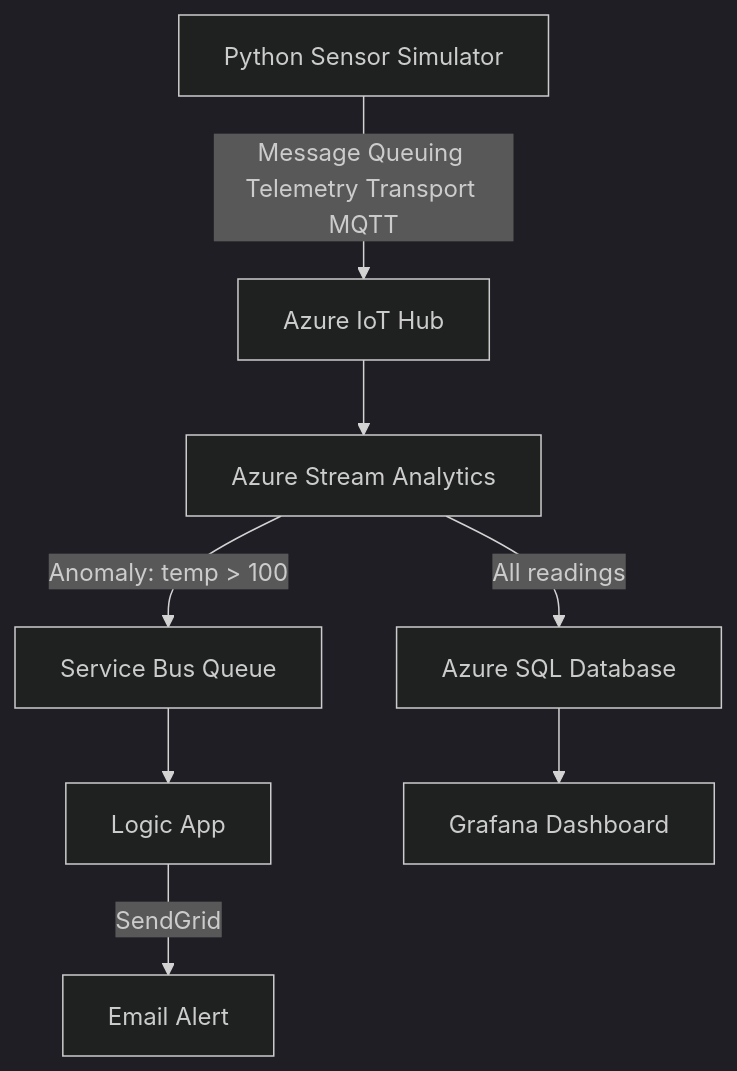
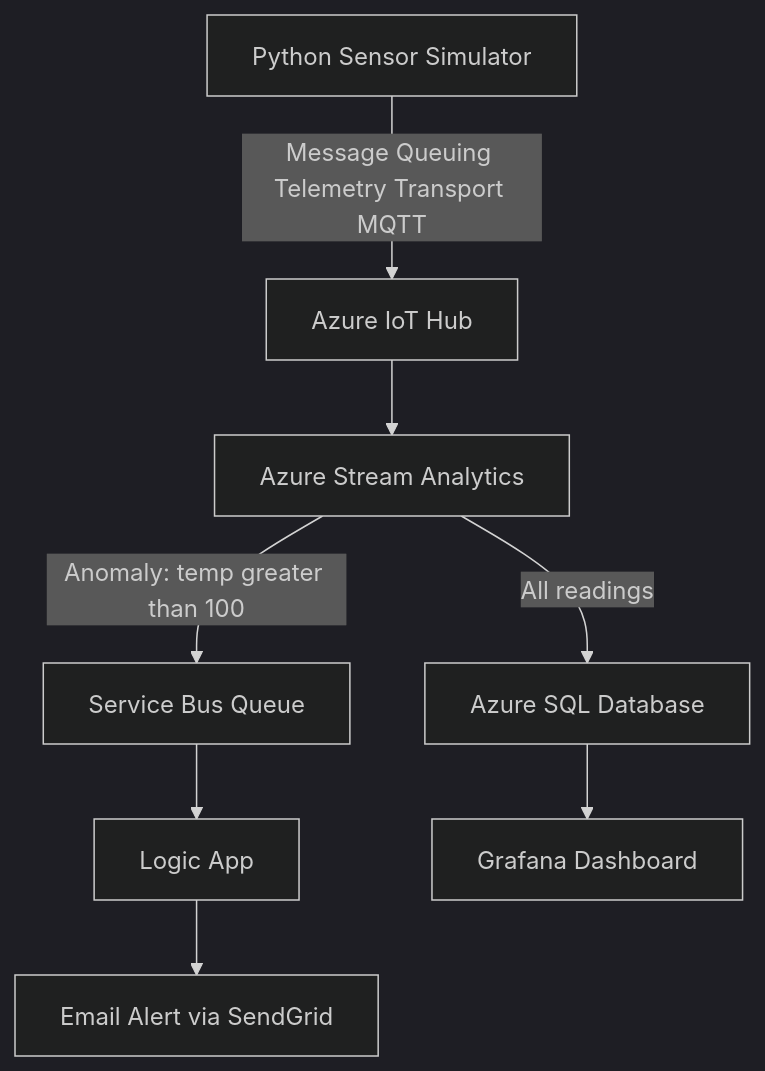
One commit to SangaviKS/azure-aws-iot-telemetry-pipeline changed the diagram in README.md. Above: the diagram before and after it, drawn with Mermaid (dark theme).

Commit message:
Fix mermaid diagram syntax for GitHub rendering

````diff
--- a/README.md
+++ b/README.md
@@ -15,10 +15,10 @@
 ```mermaid
 flowchart TD
-    A[Python Sensor Simulator] -->|Message Queuing Telemetry Transport MQTT | B[Azure IoT Hub]
+    A[Python Sensor Simulator] --> |Message Queuing Telemetry Transport MQTT | B[Azure IoT Hub]
     B --> C[Azure Stream Analytics]
-    C -->|All readings| D[Azure SQL Database]
-    C -->|Anomaly: temp > 100| E[Service Bus Queue]
+    C --> |All readings| D[Azure SQL Database]
+    C --> |Anomaly: temp greater than 100|E[Service Bus Queue]
     E --> F[Logic App]
-    F -->|SendGrid| G[Email Alert]
+    F --> G[Email Alert via SendGrid]
     D --> H[Grafana Dashboard]
 ```
````
